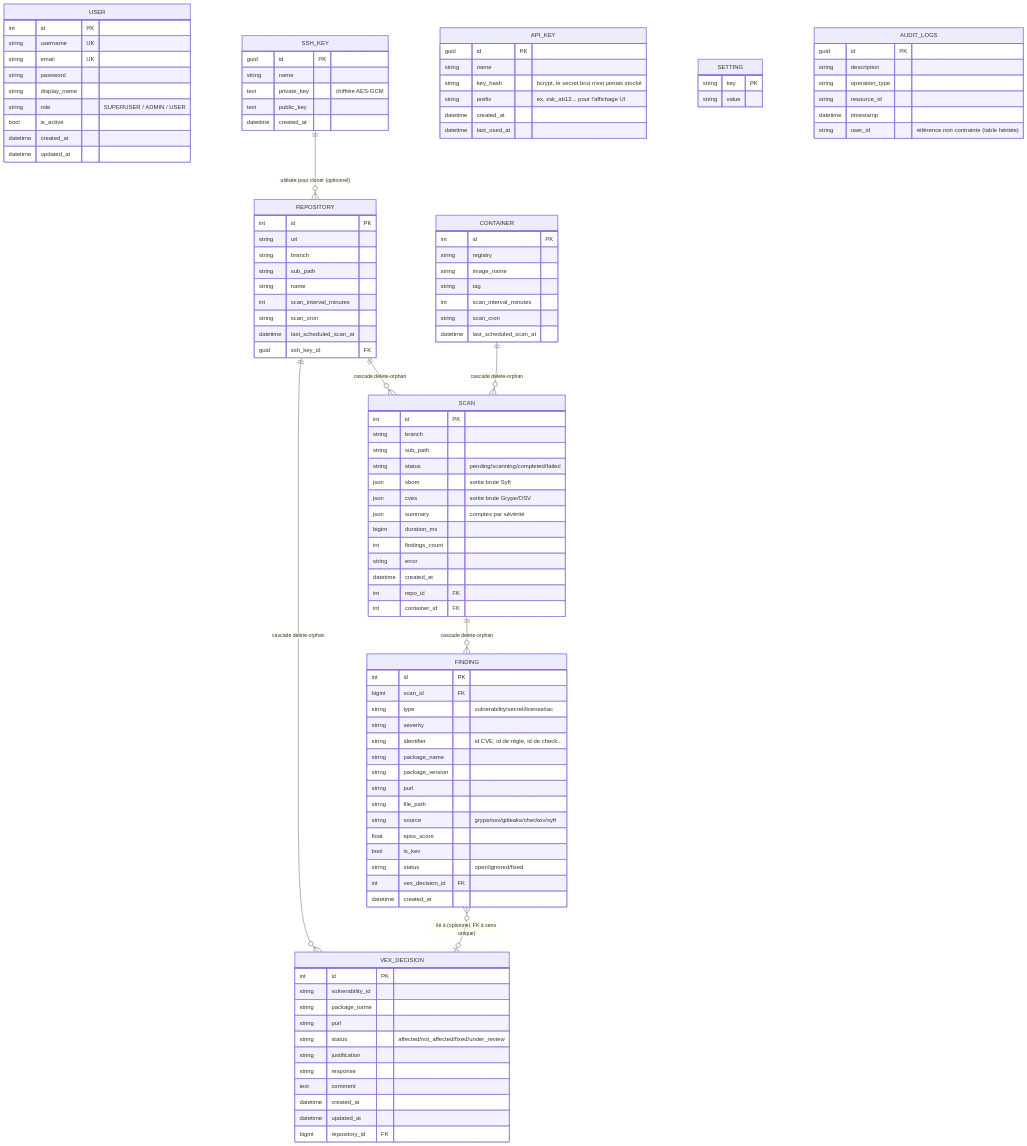
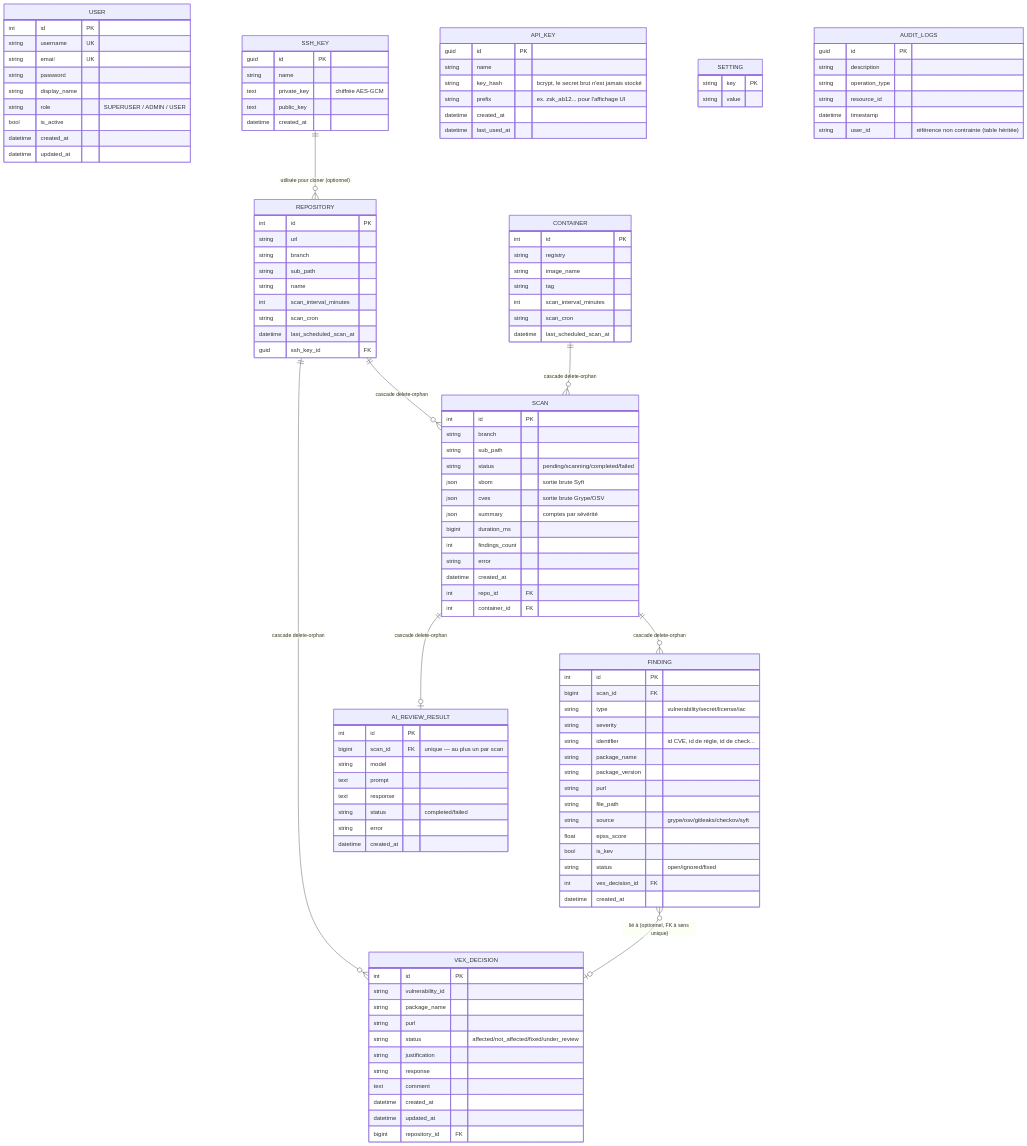
Before and after one commit to asmolabs/vectispire: the fifth of 6 diagrams in docs/TECHNICAL_DOCUMENTATION.md, drawn with Mermaid. The commit also changed other lines of this file and 15 other files, not shown here.

````diff
--- a/docs/TECHNICAL_DOCUMENTATION.md
+++ b/docs/TECHNICAL_DOCUMENTATION.md
@@ -448,10 +470,22 @@
         string user_id "référence non contrainte (table héritée)"
     }
 
+    AI_REVIEW_RESULT {
+        int id PK
+        bigint scan_id FK "unique — au plus un par scan"
+        string model
+        text prompt
+        text response
+        string status "completed/failed"
+        string error
+        datetime created_at
+    }
+
     SSH_KEY ||--o{ REPOSITORY : "utilisée pour cloner (optionnel)"
     REPOSITORY ||--o{ SCAN : "cascade delete-orphan"
     CONTAINER ||--o{ SCAN : "cascade delete-orphan"
     SCAN ||--o{ FINDING : "cascade delete-orphan"
+    SCAN ||--o| AI_REVIEW_RESULT : "cascade delete-orphan"
     REPOSITORY ||--o{ VEX_DECISION : "cascade delete-orphan"
     FINDING }o--o| VEX_DECISION : "lié à (optionnel, FK à sens unique)"
 ```
````
